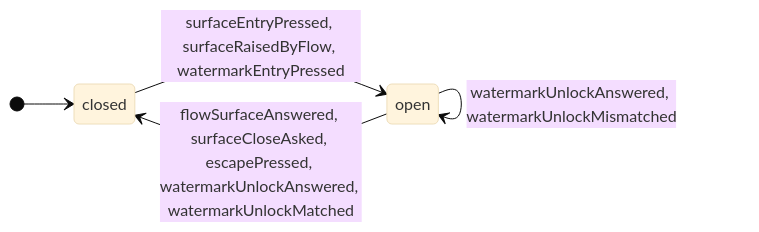
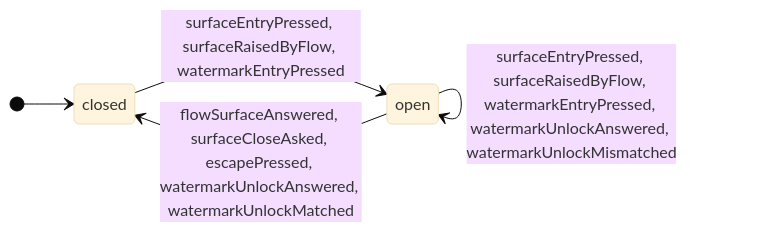
One commit to GoodRelax/gr-scheduler changed the fifth of 27 diagrams in docs/spec/_assets/tbl-state-machines.md. Above: the diagram before and after it, drawn with Mermaid (base theme). The commit also changed other lines of this file and 15 other files, not shown here.

````diff
--- a/docs/spec/_assets/tbl-state-machines.md
+++ b/docs/spec/_assets/tbl-state-machines.md
@@ -242,10 +242,10 @@
 ```mermaid
 stateDiagram-v2
     direction LR
     [*] --> openSurfaceStateMachine_closed
     openSurfaceStateMachine_closed : closed
     openSurfaceStateMachine_open : open
     openSurfaceStateMachine_closed --> openSurfaceStateMachine_open : surfaceEntryPressed, surfaceRaisedByFlow, watermarkEntryPressed
+    openSurfaceStateMachine_open --> openSurfaceStateMachine_open : surfaceEntryPressed, surfaceRaisedByFlow, watermarkEntryPressed, watermarkUnlockAnswered, watermarkUnlockMismatched
     openSurfaceStateMachine_open --> openSurfaceStateMachine_closed : flowSurfaceAnswered, surfaceCloseAsked, escapePressed, watermarkUnlockAnswered, watermarkUnlockMatched
-    openSurfaceStateMachine_open --> openSurfaceStateMachine_open : watermarkUnlockAnswered, watermarkUnlockMismatched
 ```
````
